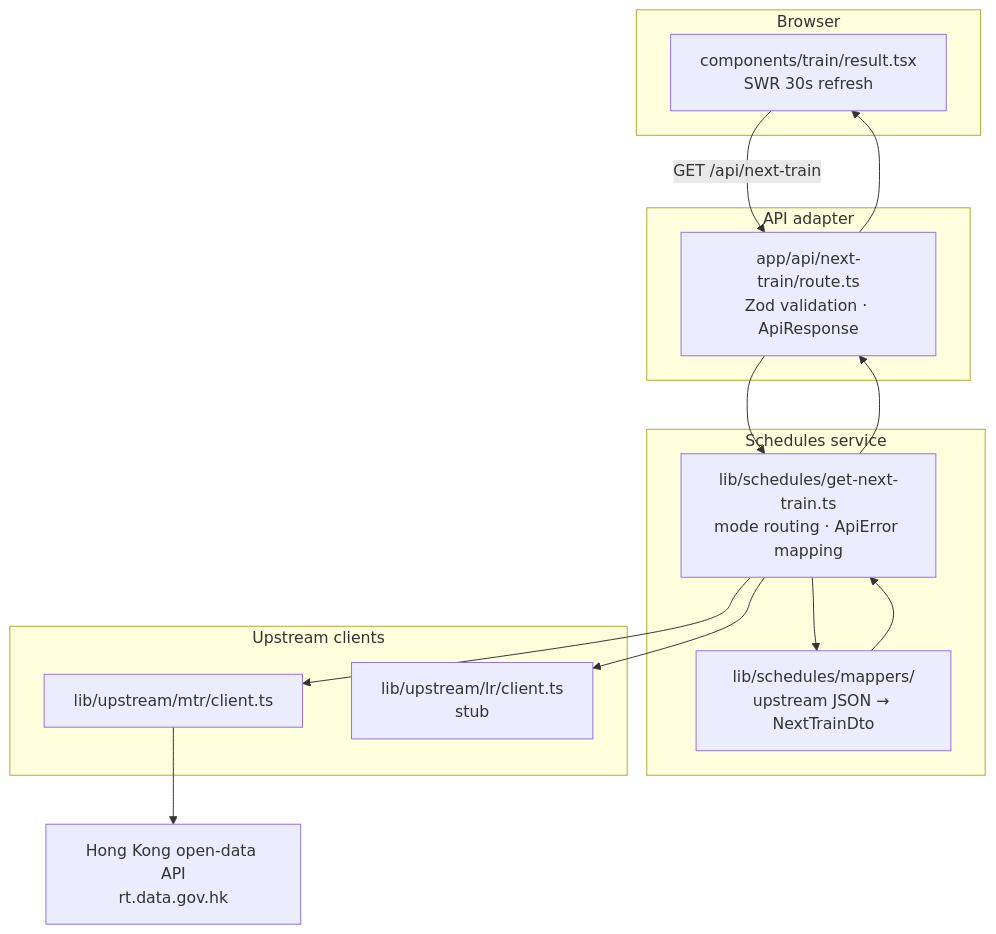
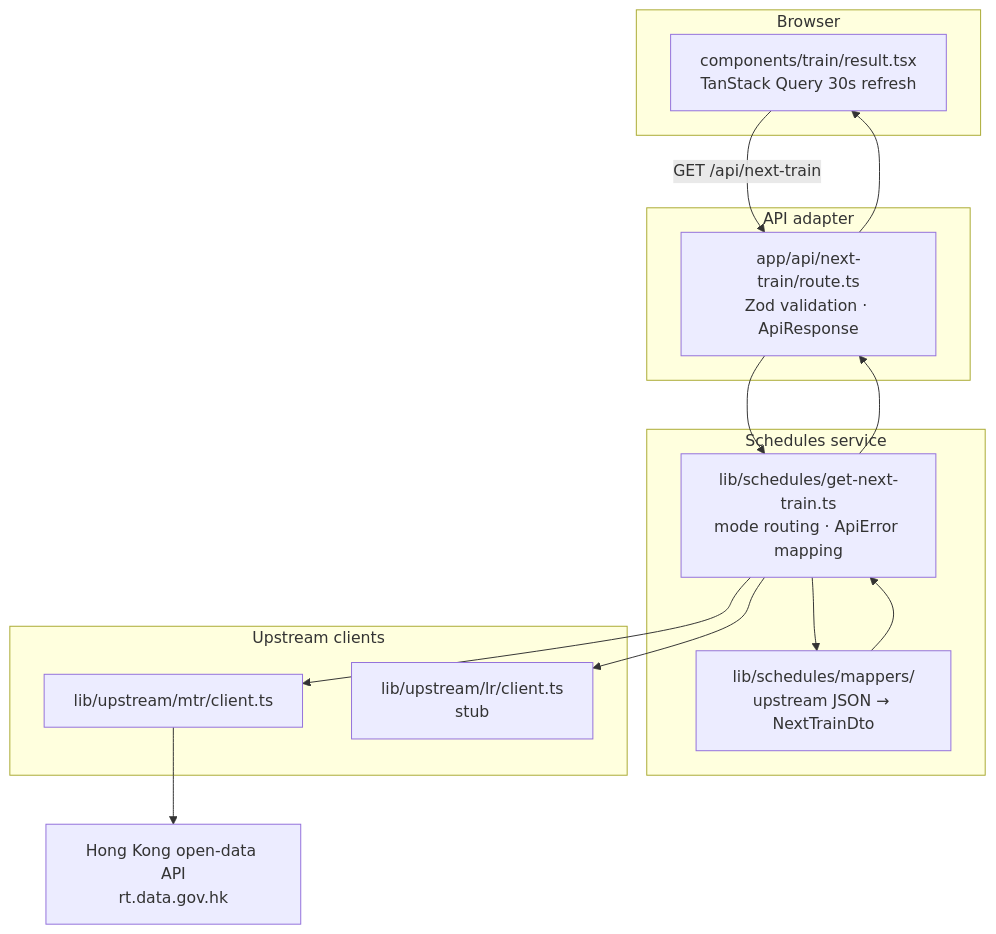
Before and after one commit to tchmhkg/nextjs-mtr: the first of 4 diagrams in README.md, drawn with Mermaid. The commit also changed other lines of this file and 107 other files, not shown here.

````diff
--- a/README.md
+++ b/README.md
@@ -49,32 +65,32 @@
 ```mermaid
 flowchart TB
   subgraph browser [Browser]
-    Result["components/train/result.tsx<br/>SWR 30s refresh"]
+    Result["components/train/result.tsx<br/>TanStack Query 30s refresh"]
   end
 
   subgraph apiLayer [API adapter]
     Route["app/api/next-train/route.ts<br/>Zod validation · ApiResponse"]
   end
 
   subgraph schedulesService [Schedules service]
     GetNextTrain["lib/schedules/get-next-train.ts<br/>mode routing · ApiError mapping"]
     Mappers["lib/schedules/mappers/<br/>upstream JSON → NextTrainDto"]
   end
 
   subgraph upstreamLayer [Upstream clients]
     MtrClient["lib/upstream/mtr/client.ts"]
     LrClient["lib/upstream/lr/client.ts<br/>stub"]
   end
 
   GovApi["Hong Kong open-data API<br/>rt.data.gov.hk"]
 
   Result -->|"GET /api/next-train"| Route
   Route --> GetNextTrain
   GetNextTrain --> Mappers
   GetNextTrain --> MtrClient
   GetNextTrain --> LrClient
   MtrClient --> GovApi
   Mappers --> GetNextTrain
   GetNextTrain --> Route
   Route --> Result
 ```
````
